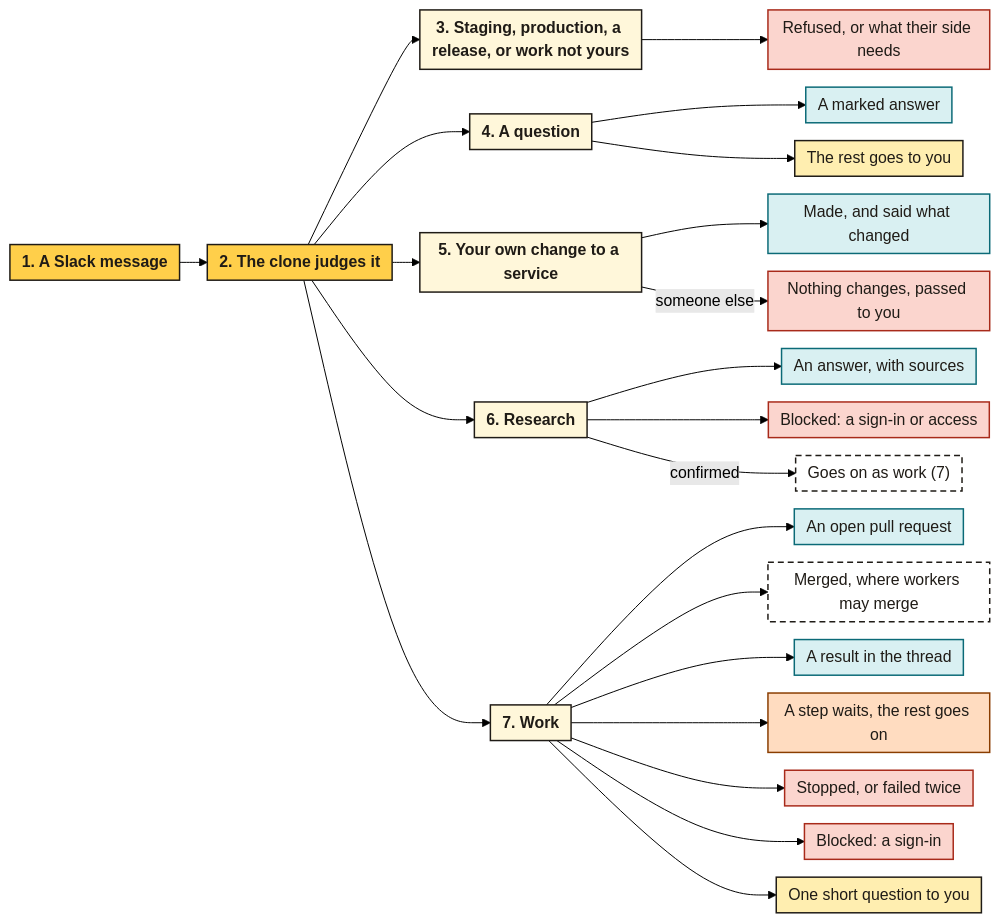
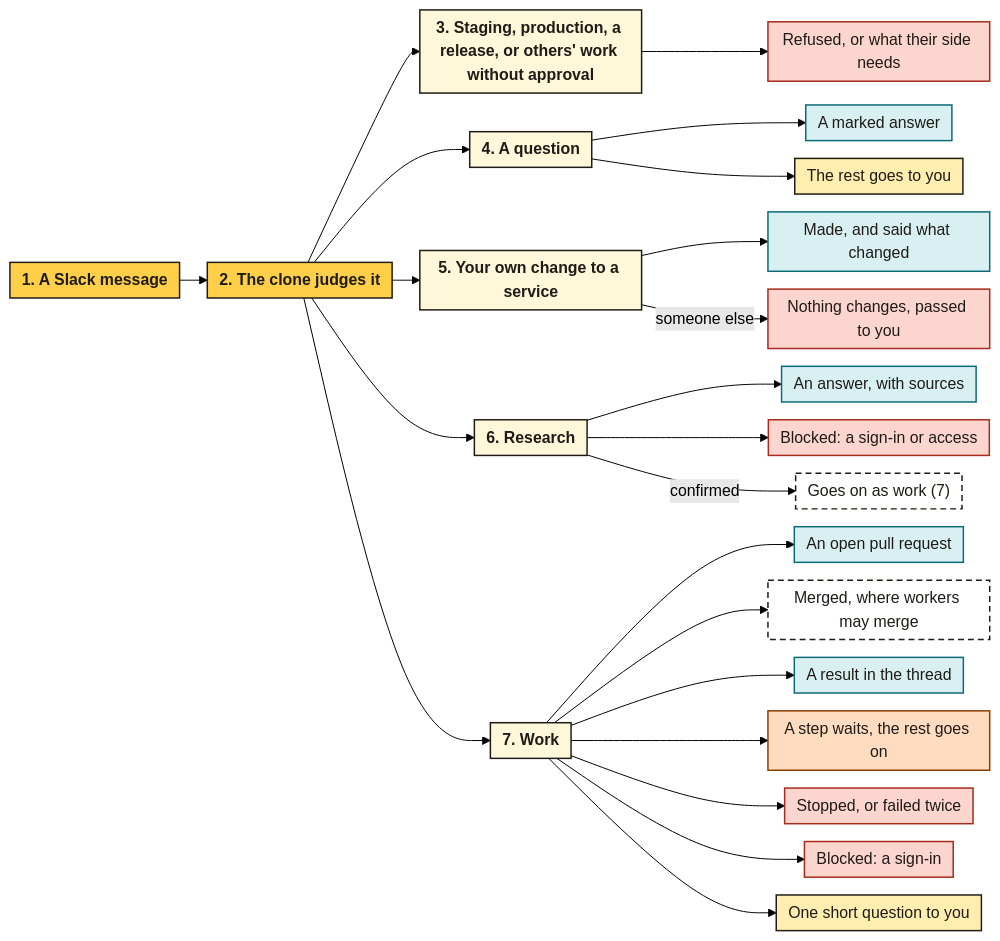
Before and after one commit to dumdummisha/docs: the diagram in diagrams/request-to-outcome.mmd, drawn with Mermaid (forest theme). The commit also changed 2 other files, not shown here.

Commit message:
docs: restore the incident, routing, approval and retry conditions on Put Misha to work

```diff
--- a/diagrams/request-to-outcome.mmd
+++ b/diagrams/request-to-outcome.mmd
@@ -1,43 +1,43 @@
 %%{init: {"flowchart": {"rankSpacing": 28, "nodeSpacing": 18, "padding": 6}}}%%
 flowchart LR
   accTitle: A request and its possible outcomes
   accDescr: A Slack message reaches the clone, which judges it as a refused request, a question, your own change to a service, research or work. A refusal ends with what the person's side needs. A question ends with an answer, or goes to you when the asker may not ask for work. Your own change is made, and anyone else's changes nothing. Research ends with an answer or a blocked report, and a confirmed problem goes on as work. Work ends with an open pull request, a merge where workers may merge, or a result in the thread, and it can wait on something missing, stop, be blocked by a sign-in or access, or ask you one short question. The numbered list under the diagram describes every path.
 
   msg["1. A Slack message"]:::start
   judge["2. The clone judges it"]:::start
 
   msg --> judge
 
-  judge --> refused["3. Staging, production, a release, or work not yours"]:::path
+  judge --> refused["3. Staging, production, a release, or others' work without approval"]:::path
   judge --> question["4. A question"]:::path
   judge --> own["5. Your own change to a service"]:::path
   judge --> research["6. Research"]:::path
   judge --> work["7. Work"]:::path
 
   refused --> said["Refused, or what their side needs"]:::stop
 
   question --> answer["A marked answer"]:::result
   question --> passed["The rest goes to you"]:::decision
 
   own --> changed["Made, and said what changed"]:::result
   own -->|"someone else"| unchanged["Nothing changes, passed to you"]:::stop
 
   research --> report["An answer, with sources"]:::result
   research --> blocked["Blocked: a sign-in or access"]:::stop
   research -->|"confirmed"| goes["Goes on as work (7)"]:::conditional
 
   work --> pr["An open pull request"]:::result
   work --> merged["Merged, where workers may merge"]:::conditional
   work --> done["A result in the thread"]:::result
   work --> waits["A step waits, the rest goes on"]:::wait
   work --> stops["Stopped, or failed twice"]:::stop
   work --> blockedwork["Blocked: a sign-in"]:::stop
   work --> ask["One short question to you"]:::decision
 
   classDef start fill:#ffcf4a,stroke:#1f1b16,stroke-width:1.5px,color:#1f1b16,font-weight:bold
   classDef path fill:#fff7da,stroke:#1f1b16,stroke-width:1.5px,color:#1f1b16,font-weight:bold
   classDef result fill:#d9f0f2,stroke:#0b6a77,stroke-width:1.5px,color:#1f1b16
   classDef wait fill:#ffdcc0,stroke:#8a3d00,stroke-width:1.5px,color:#1f1b16
   classDef stop fill:#fbd5ce,stroke:#a82a1a,stroke-width:1.5px,color:#1f1b16
   classDef decision fill:#ffeeb0,stroke:#1f1b16,stroke-width:1.5px,color:#1f1b16
   classDef conditional fill:#ffffff,stroke:#1f1b16,stroke-width:1.5px,stroke-dasharray:6 4,color:#1f1b16
```
